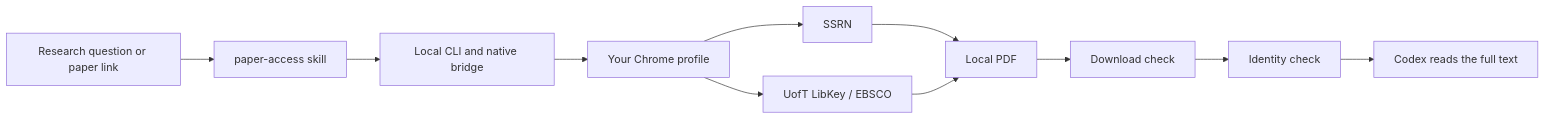
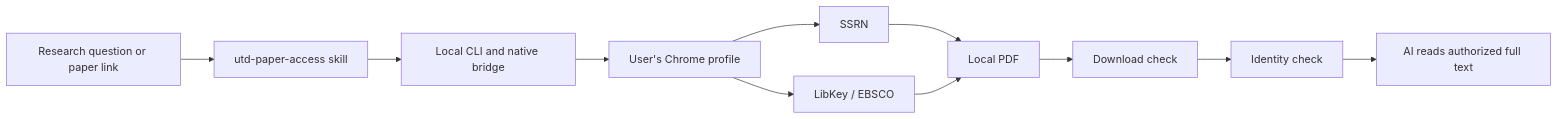
Before and after one commit to LIMYOYO/utd-access-skill: the diagram in README.md, drawn with Mermaid. The commit also changed other lines of this file and 41 other files, not shown here.

Commit message:
Rename project to UTD Paper Access

````diff
--- a/README.md
+++ b/README.md
@@ -50,13 +69,13 @@
 ```mermaid
 flowchart LR
-    A[Research question or paper link] --> B[paper-access skill]
+    A[Research question or paper link] --> B[utd-paper-access skill]
     B --> C[Local CLI and native bridge]
-    C --> D[Your Chrome profile]
+    C --> D[User's Chrome profile]
     D --> E[SSRN]
-    D --> F[UofT LibKey / EBSCO]
+    D --> F[LibKey / EBSCO]
     E --> G[Local PDF]
     F --> G
     G --> H[Download check]
     H --> I[Identity check]
-    I --> J[Codex reads the full text]
+    I --> J[AI reads authorized full text]
 ```
````
